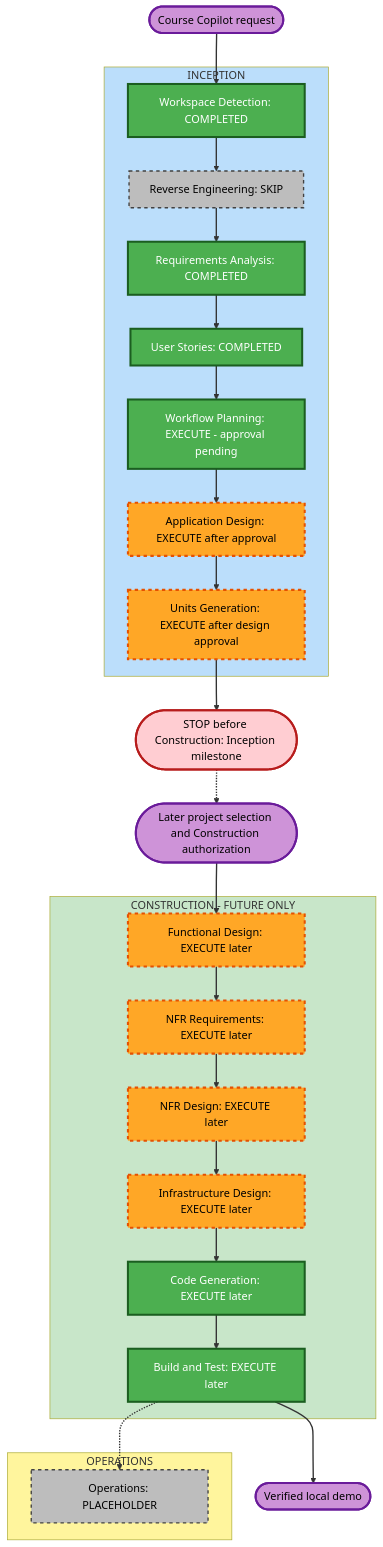
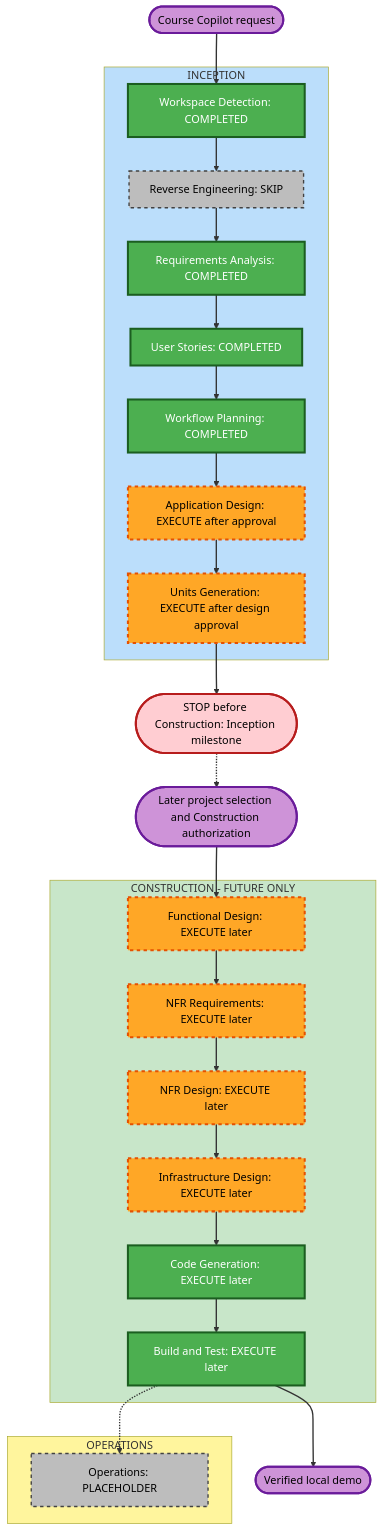
One commit to lawrencegranda/INFO-5940-project changed the diagram in aidlc-docs/inception/plans/execution-plan.md. Above: the diagram before and after it, drawn with Mermaid. The commit also changed other lines of this file, not shown here.

Commit message:
docs(aidlc): record approved Workflow Planning in execution-plan.md

````diff
--- a/aidlc-docs/inception/plans/execution-plan.md
+++ b/aidlc-docs/inception/plans/execution-plan.md
@@ -71,53 +71,53 @@
 ```mermaid
 flowchart TD
     Start(["Course Copilot request"])
     subgraph INCEPTION["INCEPTION"]
         WD["Workspace Detection: COMPLETED"]
         RE["Reverse Engineering: SKIP"]
         RA["Requirements Analysis: COMPLETED"]
         US["User Stories: COMPLETED"]
-        WP["Workflow Planning: EXECUTE - approval pending"]
+        WP["Workflow Planning: COMPLETED"]
         AD["Application Design: EXECUTE after approval"]
         UG["Units Generation: EXECUTE after design approval"]
     end
     Stop(["STOP before Construction: Inception milestone"])
     Resume(["Later project selection and Construction authorization"])
     subgraph CONSTRUCTION["CONSTRUCTION - FUTURE ONLY"]
         FD["Functional Design: EXECUTE later"]
         NR["NFR Requirements: EXECUTE later"]
         ND["NFR Design: EXECUTE later"]
         ID["Infrastructure Design: EXECUTE later"]
         CG["Code Generation: EXECUTE later"]
         BT["Build and Test: EXECUTE later"]
     end
     subgraph OPERATIONS["OPERATIONS"]
         OPS["Operations: PLACEHOLDER"]
     end
     End(["Verified local demo"])
     Start --> WD --> RE --> RA --> US --> WP --> AD --> UG --> Stop
     Stop -.-> Resume
     Resume --> FD --> NR --> ND --> ID --> CG --> BT --> End
     BT -.-> OPS
     style Start fill:#CE93D8,stroke:#6A1B9A,stroke-width:3px,color:#000
     style End fill:#CE93D8,stroke:#6A1B9A,stroke-width:3px,color:#000
     style Resume fill:#CE93D8,stroke:#6A1B9A,stroke-width:3px,color:#000
     style Stop fill:#FFCDD2,stroke:#B71C1C,stroke-width:3px,color:#000
     style WD fill:#4CAF50,stroke:#1B5E20,stroke-width:3px,color:#fff
     style RA fill:#4CAF50,stroke:#1B5E20,stroke-width:3px,color:#fff
     style US fill:#4CAF50,stroke:#1B5E20,stroke-width:3px,color:#fff
     style WP fill:#4CAF50,stroke:#1B5E20,stroke-width:3px,color:#fff
     style RE fill:#BDBDBD,stroke:#424242,stroke-width:2px,stroke-dasharray:5 5,color:#000
     style OPS fill:#BDBDBD,stroke:#424242,stroke-width:2px,stroke-dasharray:5 5,color:#000
     style AD fill:#FFA726,stroke:#E65100,stroke-width:3px,stroke-dasharray:5 5,color:#000
     style UG fill:#FFA726,stroke:#E65100,stroke-width:3px,stroke-dasharray:5 5,color:#000
     style FD fill:#FFA726,stroke:#E65100,stroke-width:3px,stroke-dasharray:5 5,color:#000
     style NR fill:#FFA726,stroke:#E65100,stroke-width:3px,stroke-dasharray:5 5,color:#000
     style ND fill:#FFA726,stroke:#E65100,stroke-width:3px,stroke-dasharray:5 5,color:#000
     style ID fill:#FFA726,stroke:#E65100,stroke-width:3px,stroke-dasharray:5 5,color:#000
     style CG fill:#4CAF50,stroke:#1B5E20,stroke-width:3px,color:#fff
     style BT fill:#4CAF50,stroke:#1B5E20,stroke-width:3px,color:#fff
     style INCEPTION fill:#BBDEFB
     style CONSTRUCTION fill:#C8E6C9
     style OPERATIONS fill:#FFF59D
     linkStyle default stroke:#333,stroke-width:2px
 ```
````
